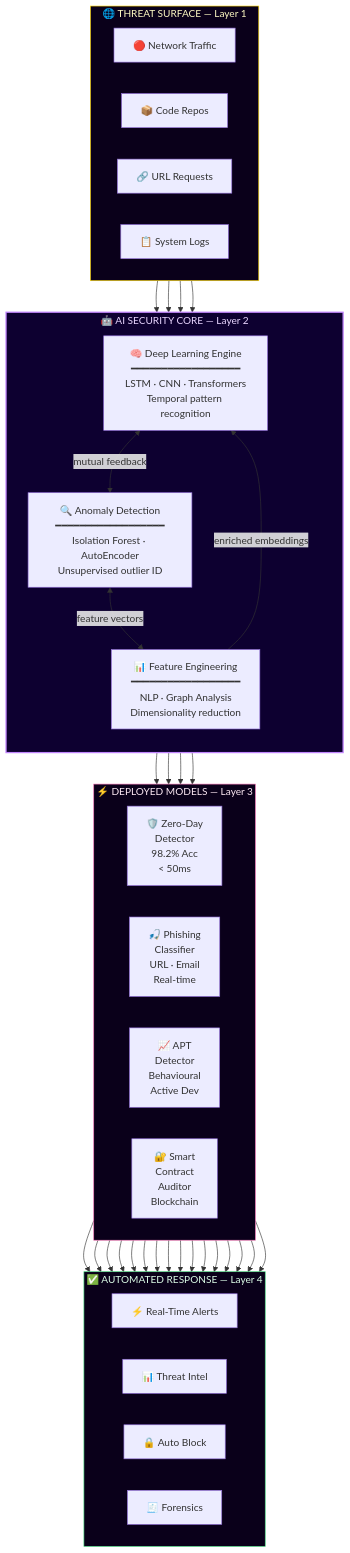
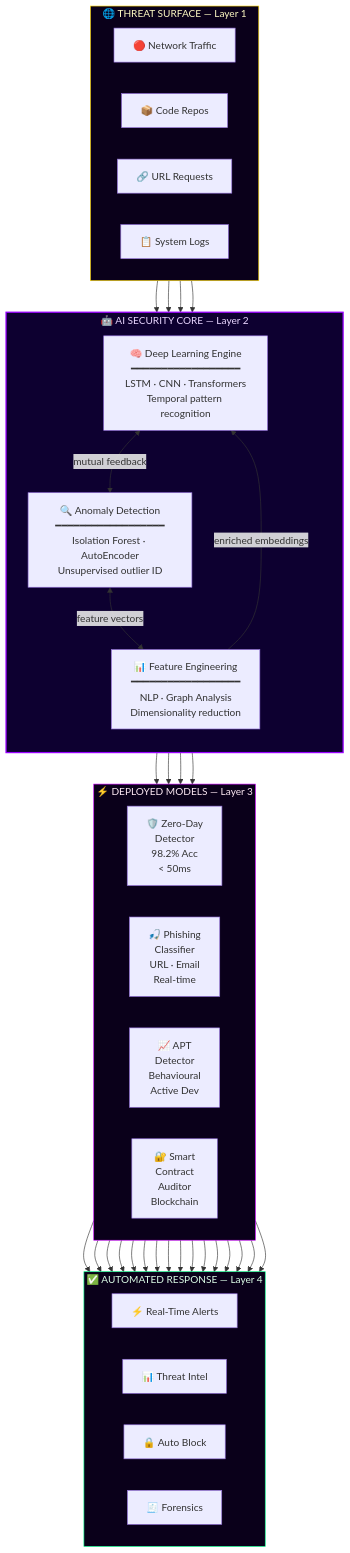
The first of 5 diagrams in README.md (LuthandoCandlovu/LuthandoCandlovu), drawn with Mermaid before and after one commit. The commit also changed other lines of this file, not shown here.

````diff
--- a/README.md
+++ b/README.md
@@ -401,45 +408,45 @@
 ```mermaid
 graph TB
     subgraph INGEST["🌐 THREAT SURFACE — Layer 1"]
         direction LR
         A["🔴 Network Traffic"]
         B["📦 Code Repos"]
         C["🔗 URL Requests"]
         D["📋 System Logs"]
     end
 
     subgraph CORE["🤖 AI SECURITY CORE — Layer 2"]
         direction TB
         E["🧠 Deep Learning Engine<br/>━━━━━━━━━━━━━━━━━━<br/>LSTM · CNN · Transformers<br/>Temporal pattern recognition"]
         F["🔍 Anomaly Detection<br/>━━━━━━━━━━━━━━━━━━<br/>Isolation Forest · AutoEncoder<br/>Unsupervised outlier ID"]
         G["📊 Feature Engineering<br/>━━━━━━━━━━━━━━━━━━<br/>NLP · Graph Analysis<br/>Dimensionality reduction"]
         E <-->|"mutual feedback"| F
         F <-->|"feature vectors"| G
         G -->|"enriched embeddings"| E
     end
 
     subgraph MODELS["⚡ DEPLOYED MODELS — Layer 3"]
         direction LR
         H["🛡️ Zero-Day<br/>Detector<br/>98.2% Acc<br/>< 50ms"]
         I["🎣 Phishing<br/>Classifier<br/>URL · Email<br/>Real-time"]
         J["📈 APT<br/>Detector<br/>Behavioural<br/>Active Dev"]
         K["🔐 Smart<br/>Contract<br/>Auditor<br/>Blockchain"]
     end
 
     subgraph RESPONSE["✅ AUTOMATED RESPONSE — Layer 4"]
         direction LR
         L["⚡ Real-Time Alerts"]
         M["📊 Threat Intel"]
         N["🔒 Auto Block"]
         O["🧾 Forensics"]
     end
 
     A & B & C & D --> CORE
     CORE --> H & I & J & K
     H & I & J & K --> L & M & N & O
 
-    style CORE fill:#0d0030,stroke:#c084fc,stroke-width:2px,color:#e9d5ff
+    style CORE fill:#0d0030,stroke:#9900ff,stroke-width:2px,color:#e9d5ff
     style INGEST fill:#0a001a,stroke:#FFD700,stroke-width:1px,color:#fef9c3
-    style MODELS fill:#0a001a,stroke:#f472b6,stroke-width:1px,color:#fce7f3
-    style RESPONSE fill:#0a001a,stroke:#4ADE80,stroke-width:1px,color:#dcfce7
+    style MODELS fill:#0a001a,stroke:#cc00ff,stroke-width:1px,color:#fce7f3
+    style RESPONSE fill:#0a001a,stroke:#00ff88,stroke-width:1px,color:#dcfce7
 ```
````
